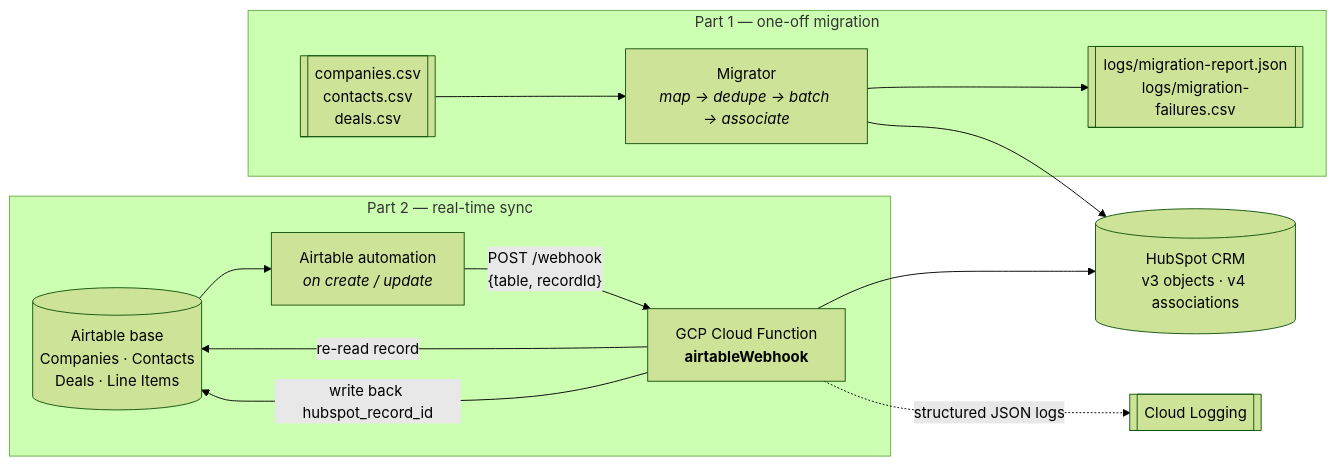
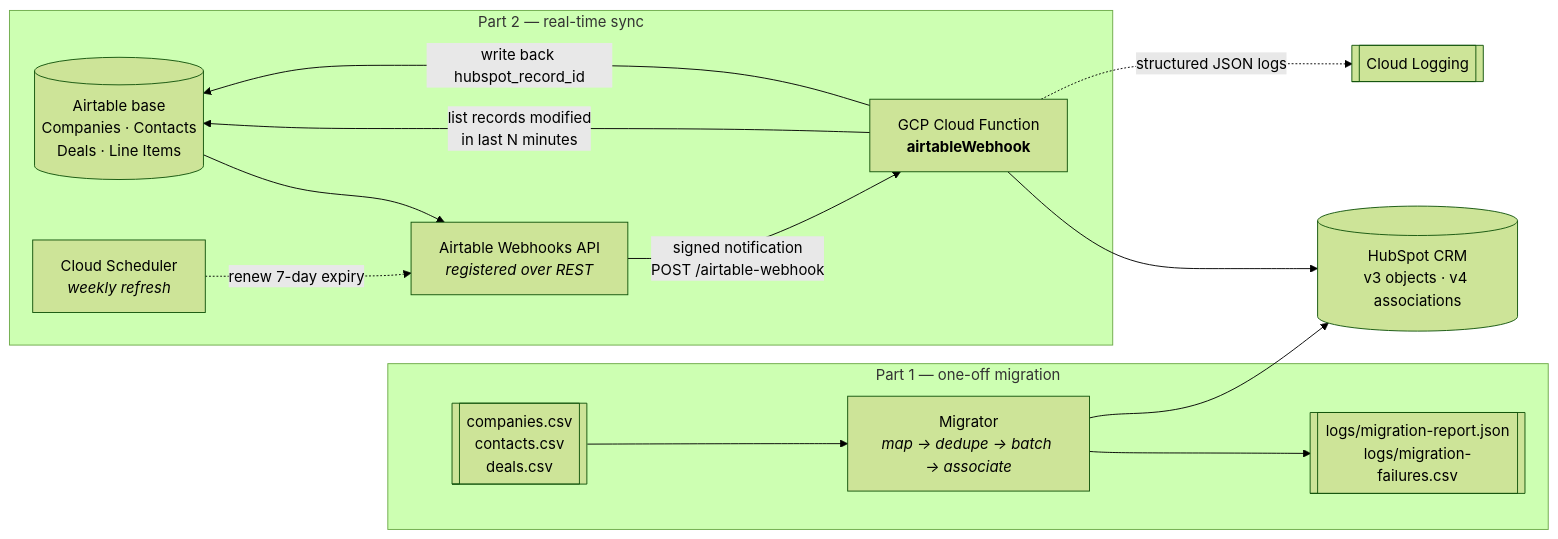
Before and after one commit to nymoti/hubspot-airtable-integration: the diagram in README.md, drawn with Mermaid (forest theme). The commit also changed other lines of this file and 10 other files, not shown here.

Commit message:
feat: trigger sync via the Airtable Webhooks API instead of plan-gated automations

````diff
--- a/README.md
+++ b/README.md
@@ -35,23 +35,25 @@
 ```mermaid
 flowchart LR
     subgraph P1["Part 1 — one-off migration"]
         CSV[["companies.csv<br/>contacts.csv<br/>deals.csv"]]
         MIG["Migrator<br/><i>map → dedupe → batch → associate</i>"]
         RPT[["logs/migration-report.json<br/>logs/migration-failures.csv"]]
         CSV --> MIG --> RPT
     end
 
     subgraph P2["Part 2 — real-time sync"]
         AT[("Airtable base<br/>Companies · Contacts<br/>Deals · Line Items")]
-        AUT["Airtable automation<br/><i>on create / update</i>"]
+        WH["Airtable Webhooks API<br/><i>registered over REST</i>"]
         CF["GCP Cloud Function<br/><b>airtableWebhook</b>"]
-        AT --> AUT -->|"POST /webhook<br/>{table, recordId}"| CF
-        CF -->|"re-read record"| AT
+        SCH["Cloud Scheduler<br/><i>weekly refresh</i>"]
+        AT --> WH -->|"signed notification<br/>POST /airtable-webhook"| CF
+        CF -->|"list records modified<br/>in last N minutes"| AT
         CF -->|"write back hubspot_record_id"| AT
+        SCH -.->|"renew 7-day expiry"| WH
     end
 
     HS[("HubSpot CRM<br/>v3 objects · v4 associations")]
     MIG --> HS
     CF --> HS
     CF -.->|"structured JSON logs"| CL[["Cloud Logging"]]
 ```
````
